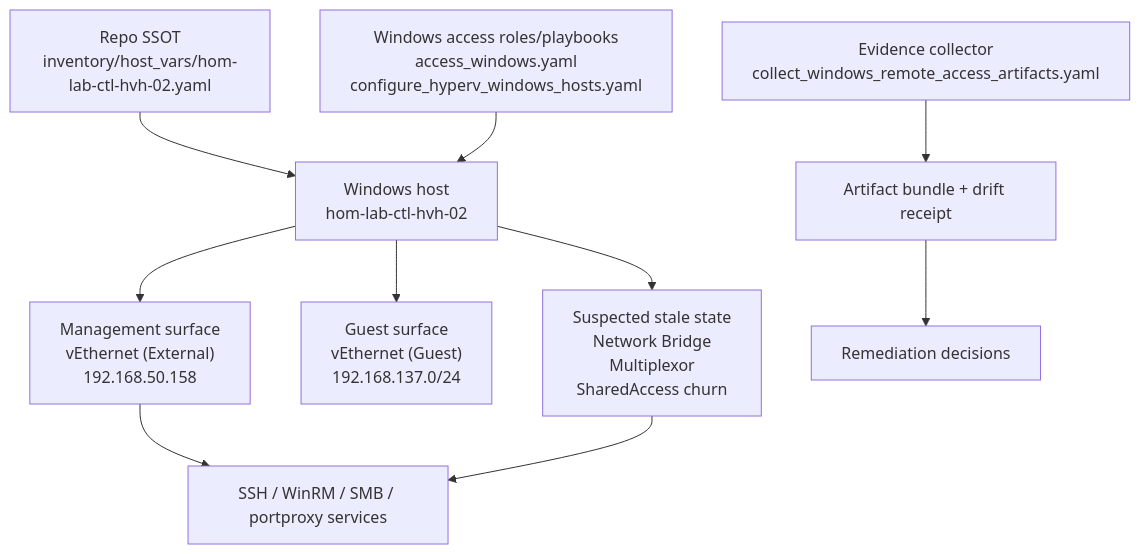
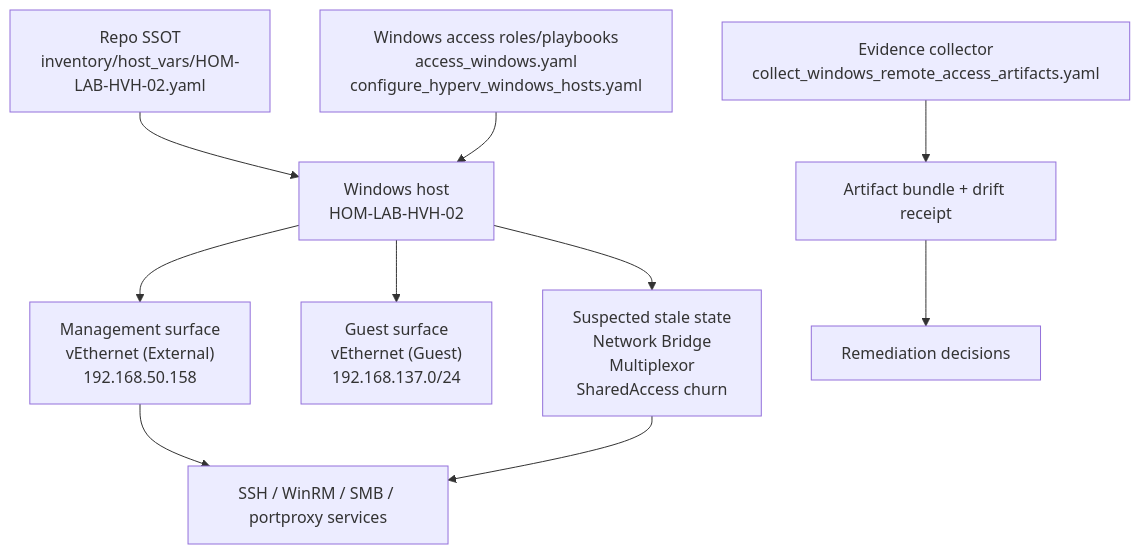
The first of 3 diagrams in docs/plans/2026-07-09--windows-host-connection-instability-and-drift-incomplete/README.md (doesitscript/dotfile-vnext), drawn with Mermaid before and after one commit. The commit also changed other lines of this file and 271 other files, not shown here.

First line of the commit message:
Rename schema dropping middle ctl and update HOM-LAB-CTL-HVH-01

````diff
--- a/docs/plans/2026-07-09--windows-host-connection-instability-and-drift-incomplete/README.md
+++ b/docs/plans/2026-07-09--windows-host-connection-instability-and-drift-incomplete/README.md
@@ -256,12 +256,12 @@
 ```mermaid
 flowchart TD
-    A["Repo SSOT<br/>inventory/host_vars/hom-lab-ctl-hvh-02.yaml"] --> B["Windows host<br/>hom-lab-ctl-hvh-02"]
+    A["Repo SSOT<br/>inventory/host_vars/HOM-LAB-HVH-02.yaml"] --> B["Windows host<br/>HOM-LAB-HVH-02"]
     C["Windows access roles/playbooks<br/>access_windows.yaml<br/>configure_hyperv_windows_hosts.yaml"] --> B
     D["Evidence collector<br/>collect_windows_remote_access_artifacts.yaml"] --> E["Artifact bundle + drift receipt"]
     B --> F["Management surface<br/>vEthernet (External)<br/>192.168.50.158"]
     B --> G["Guest surface<br/>vEthernet (Guest)<br/>192.168.137.0/24"]
     B --> H["Suspected stale state<br/>Network Bridge<br/>Multiplexor<br/>SharedAccess churn"]
     F --> I["SSH / WinRM / SMB / portproxy services"]
     H --> I
     E --> J["Remediation decisions"]
 ```
````
